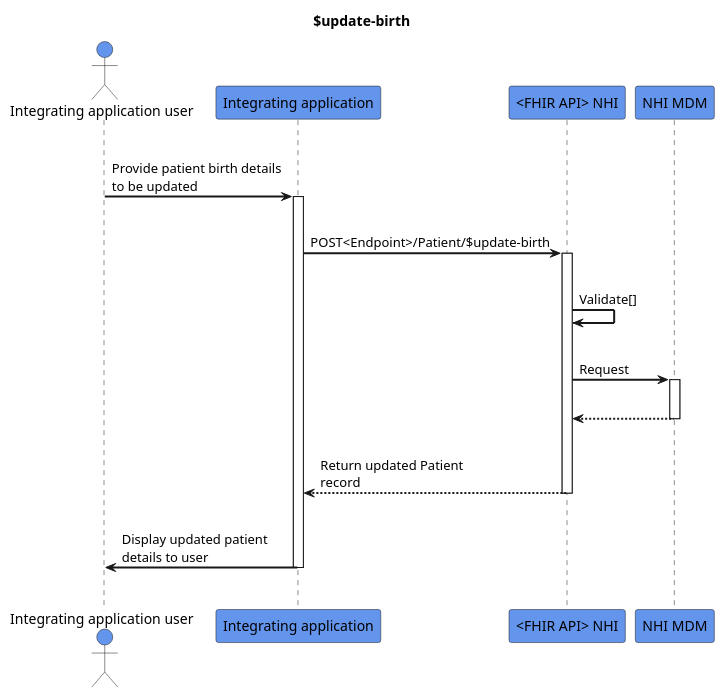
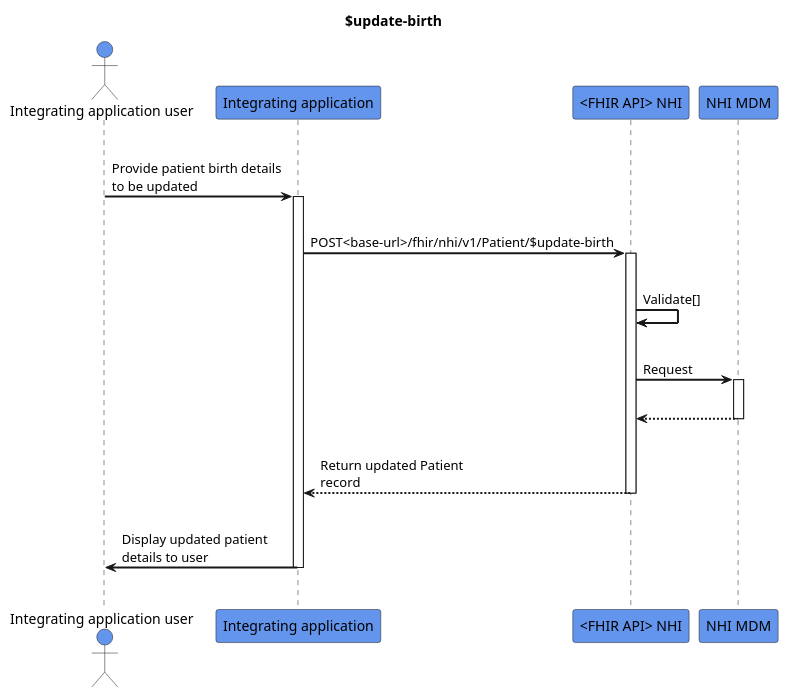
The diagram in input/images-source/update-birth.plantuml (HL7NZ/nhi), drawn with PlantUML before and after one commit.

```diff
--- a/input/images-source/update-birth.plantuml
+++ b/input/images-source/update-birth.plantuml
@@ -1,32 +1,32 @@
 @startuml
 skinparam sequenceArrowThickness 2
 skinparam roundcorner 5
 skinparam maxmessagesize 180
 skinparam sequenceParticipant bold
 title $update-birth
 actor "Integrating application user" as User #CornflowerBlue
 participant "Integrating application" as A #CornflowerBlue
 participant "<FHIR API> NHI" as B #CornflowerBlue
 participant "NHI MDM" as C #CornflowerBlue
 |||
 User -> A: Provide patient birth details to be updated
 activate A
 |||
-A -> B: POST<Endpoint>/Patient/$update-birth
+A -> B: POST<base-url>/fhir/nhi/v1/Patient/$update-birth
 activate B
 |||
 B -> B: Validate[]
 |||
 B -> C: Request
 activate C
 |||
 C -[dashed]-> B
 deactivate C
 |||
 B -[dashed]-> A: Return updated Patient record
 deactivate B
 |||
 A -> User: Display updated patient details to user
 deactivate A
 |||
 @enduml
```
